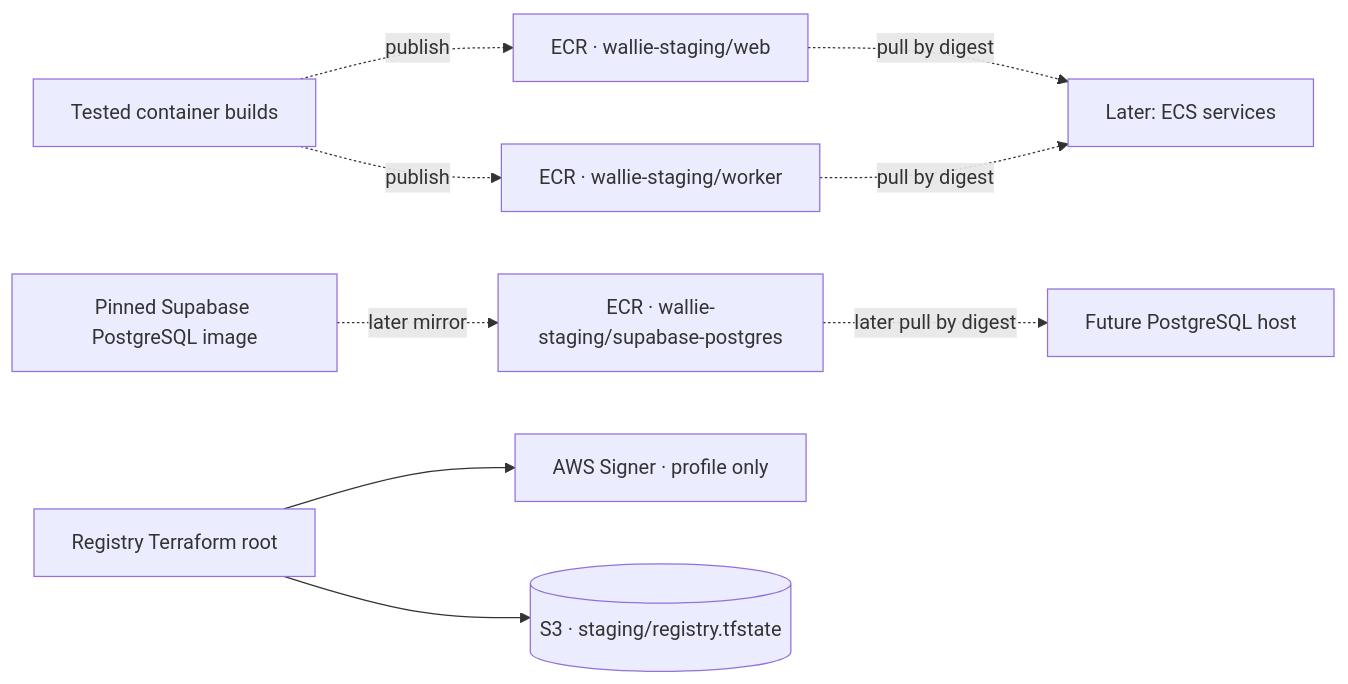
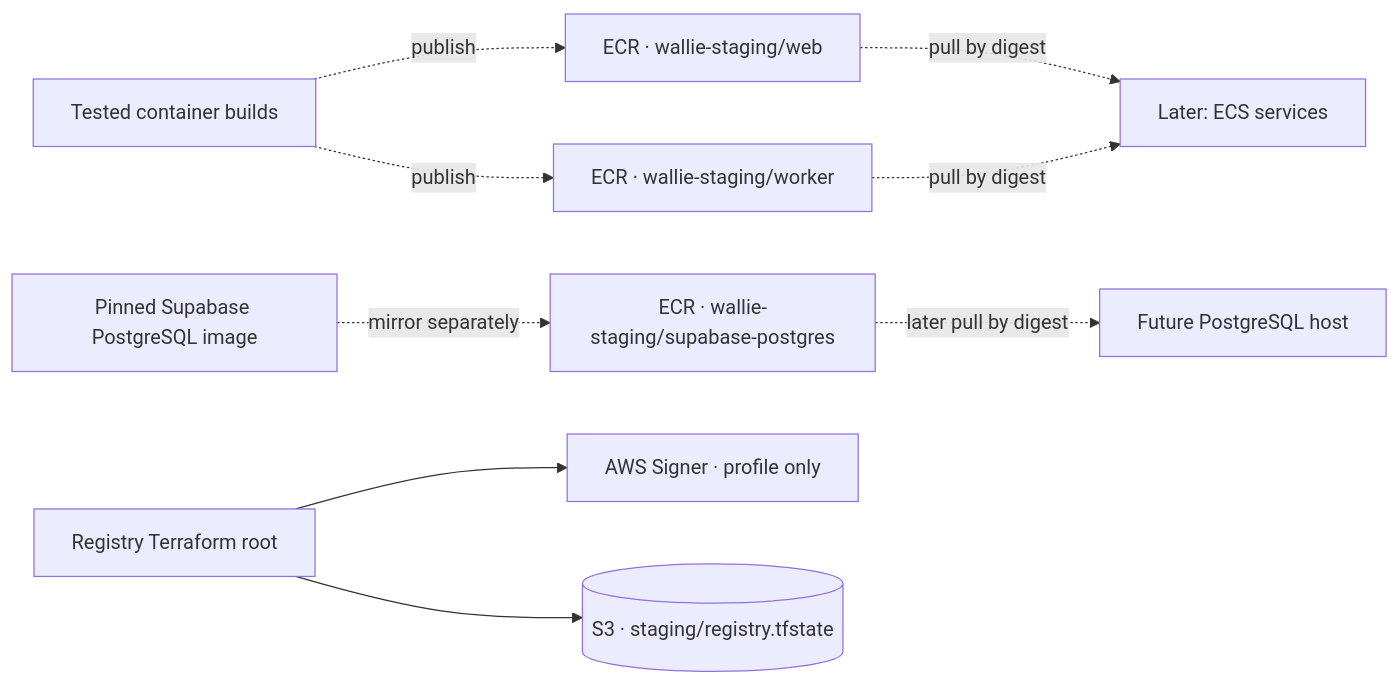
The diagram in docs/AWS-STAGING-REGISTRY.md (anantjain-xyz/wallie-dev), drawn with Mermaid before and after one commit. The commit also changed other lines of this file and 7 other files, not shown here.

First line of the commit message:
Prepare pinned Supabase PostgreSQL image mirror (#519)

````diff
--- a/docs/AWS-STAGING-REGISTRY.md
+++ b/docs/AWS-STAGING-REGISTRY.md
@@ -5,11 +5,11 @@
 ```mermaid
 flowchart LR
     build["Tested container builds"] -. publish .-> web["ECR · wallie-staging/web"]
     build -. publish .-> worker["ECR · wallie-staging/worker"]
-    upstream["Pinned Supabase PostgreSQL image"] -. later mirror .-> dbimage["ECR · wallie-staging/supabase-postgres"]
+    upstream["Pinned Supabase PostgreSQL image"] -. mirror separately .-> dbimage["ECR · wallie-staging/supabase-postgres"]
     web -. pull by digest .-> ecs["Later: ECS services"]
     worker -. pull by digest .-> ecs
     dbimage -. later pull by digest .-> database["Future PostgreSQL host"]
     terraform["Registry Terraform root"] --> signer["AWS Signer · profile only"]
     terraform --> state[("S3 · staging/registry.tfstate")]
 ```
````
